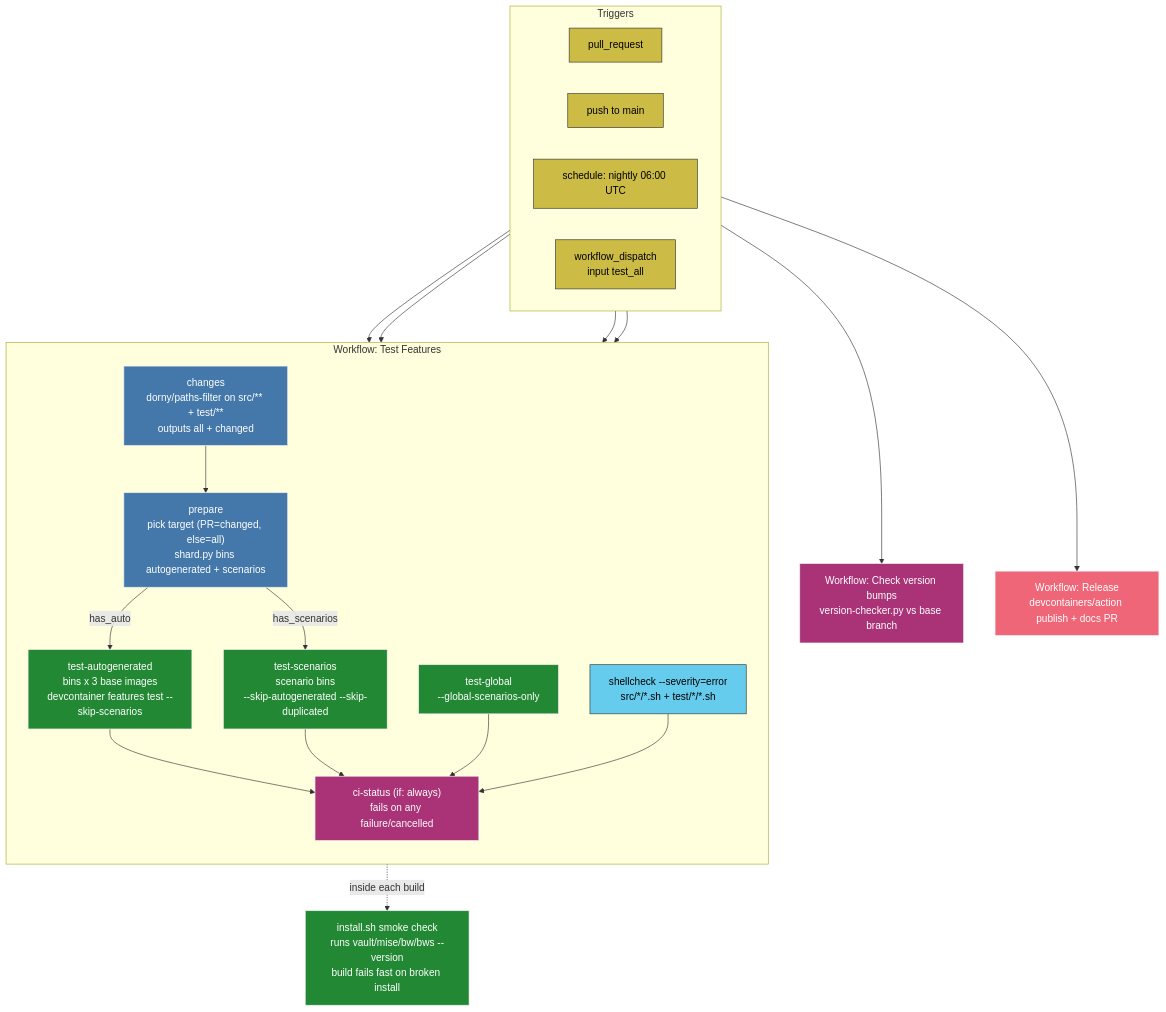
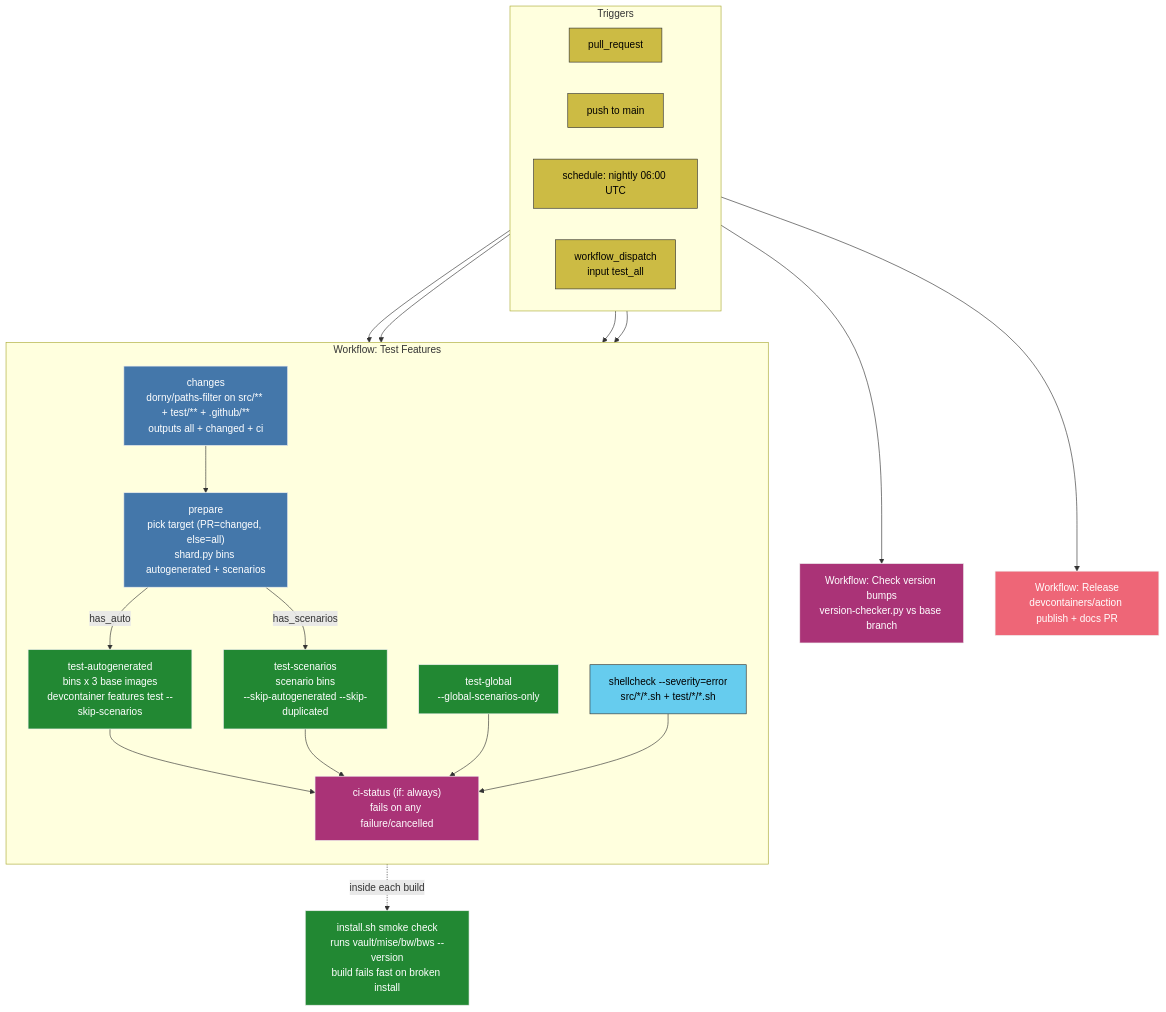
Before and after one commit to DgxSparkLabs/devcontainer-features: the first of 2 diagrams in docs/ci-cd.md, drawn with Mermaid. The commit also changed other lines of this file and 1 other file, not shown here.

````diff
--- a/docs/ci-cd.md
+++ b/docs/ci-cd.md
@@ -14,48 +14,48 @@
 ```mermaid
 flowchart TB
   classDef trig  fill:#CCBB44,stroke:#333333,color:#000000;
   classDef plan  fill:#4477AA,stroke:#EEEEEE,color:#FFFFFF;
   classDef test  fill:#228833,stroke:#EEEEEE,color:#FFFFFF;
   classDef lint  fill:#66CCEE,stroke:#333333,color:#000000;
   classDef gate  fill:#AA3377,stroke:#EEEEEE,color:#FFFFFF;
   classDef ship  fill:#EE6677,stroke:#EEEEEE,color:#FFFFFF;
 
   subgraph TRIGGERS["Triggers"]
     direction LR
     T1["pull_request"]:::trig
     T2["push to main"]:::trig
     T3["schedule: nightly 06:00 UTC"]:::trig
     T4["workflow_dispatch<br/>input test_all"]:::trig
   end
 
   subgraph TESTWF["Workflow: Test Features"]
     direction TB
-    C["changes<br/>dorny/paths-filter on src/** + test/**<br/>outputs all + changed"]:::plan
+    C["changes<br/>dorny/paths-filter on src/** + test/** + .github/**<br/>outputs all + changed + ci"]:::plan
     P["prepare<br/>pick target (PR=changed, else=all)<br/>shard.py bins autogenerated + scenarios"]:::plan
     A["test-autogenerated<br/>bins x 3 base images<br/>devcontainer features test --skip-scenarios"]:::test
     S["test-scenarios<br/>scenario bins<br/>--skip-autogenerated --skip-duplicated"]:::test
     G["test-global<br/>--global-scenarios-only"]:::test
     L["shellcheck --severity=error<br/>src/*/*.sh + test/*/*.sh"]:::lint
     Z["ci-status (if: always)<br/>fails on any failure/cancelled"]:::gate
     C --> P
     P -->|has_auto| A
     P -->|has_scenarios| S
     A --> Z
     S --> Z
     G --> Z
     L --> Z
   end
 
   VC["Workflow: Check version bumps<br/>version-checker.py vs base branch"]:::gate
   RL["Workflow: Release<br/>devcontainers/action publish + docs PR"]:::ship
 
   T1 --> C
   T2 --> C
   T3 --> C
   T4 --> C
   T1 --> VC
   T2 --> RL
 
   SMOKE["install.sh smoke check<br/>runs vault/mise/bw/bws --version<br/>build fails fast on broken install"]:::test
   A -.->|inside each build| SMOKE
 ```
````
